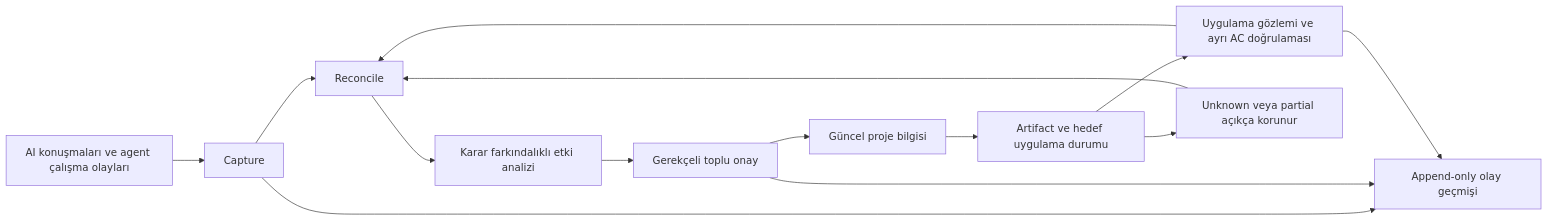
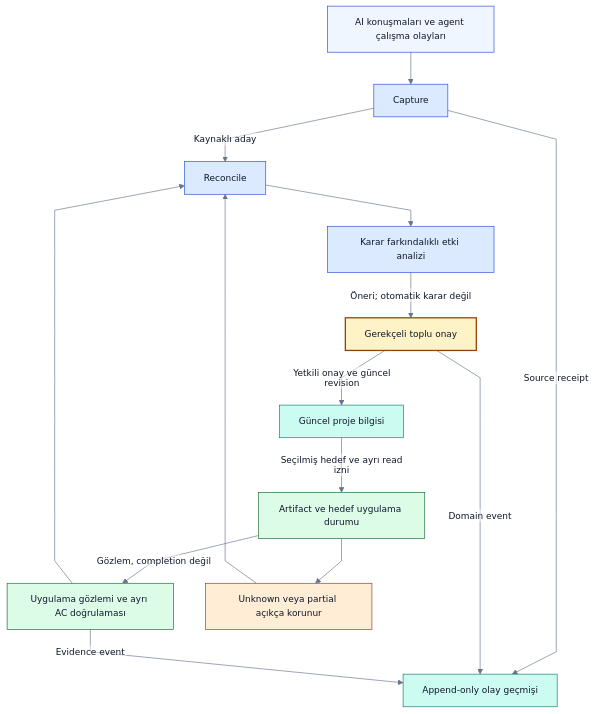
The diagram in README.md (alphanAkbulut/decivora), drawn with Mermaid before and after one commit. The commit also changed other lines of this file and 21 other files, not shown here.

Commit message:
Refresh all Mermaid diagrams, clarify decision states and document rendering evidence

````diff
--- a/README.md
+++ b/README.md
@@ -23,16 +36,31 @@
 ```mermaid
-flowchart LR
+%%{init: {"theme":"base","themeVariables":{"fontFamily":"Arial, sans-serif","fontSize":"14px","primaryColor":"#eff6ff","primaryTextColor":"#0f172a","primaryBorderColor":"#1d4ed8","lineColor":"#64748b","secondaryColor":"#ccfbf1","tertiaryColor":"#f1f5f9","background":"#ffffff","mainBkg":"#eff6ff","textColor":"#0f172a","clusterBkg":"#f8fafc","clusterBorder":"#94a3b8","edgeLabelBackground":"#ffffff","actorBkg":"#eff6ff","actorTextColor":"#0f172a","actorBorder":"#1d4ed8","signalColor":"#64748b","signalTextColor":"#0f172a","noteBkgColor":"#fef3c7","noteTextColor":"#0f172a","noteBorderColor":"#92400e"},"flowchart":{"htmlLabels":false,"curve":"linear"},"sequence":{"wrap":true},"themeCSS":"background-color:#ffffff;"}}%%
+flowchart TB
+    accTitle: Karar, uygulama ve kanıt döngüsü
+    accDescr: Önerilen tasarım veya açıkça belirtilen sentetik örnek. Renkler alan ve kontrol türünü gösterir; implemented veya passed kanıtı değildir. Yetki, revision ve coverage sınırları korunur.
     A[AI konuşmaları ve agent çalışma olayları] --> B[Capture]
-    B --> C[Reconcile]
+    B -->|Kaynaklı aday| C[Reconcile]
     C --> D[Karar farkındalıklı etki analizi]
-    D --> E[Gerekçeli toplu onay]
-    E --> F[Güncel proje bilgisi]
-    F --> X[Artifact ve hedef uygulama durumu]
-    X --> G[Uygulama gözlemi ve ayrı AC doğrulaması]
+    D -->|Öneri; otomatik karar değil| E[Gerekçeli toplu onay]
+    E -->|Yetkili onay ve güncel revision| F[Güncel proje bilgisi]
+    F -->|Seçilmiş hedef ve ayrı read izni| X[Artifact ve hedef uygulama durumu]
+    X -->|Gözlem, completion değil| G[Uygulama gözlemi ve ayrı AC doğrulaması]
     X --> U[Unknown veya partial açıkça korunur]
     G --> C
     U --> C
-    B --> H[Append-only olay geçmişi]
-    E --> H
-    G --> H
+    B -->|Source receipt| H[Append-only olay geçmişi]
+    E -->|Domain event| H
+    G -->|Evidence event| H
+    classDef source fill:#eff6ff,stroke:#1d4ed8,color:#0f172a
+    classDef process fill:#dbeafe,stroke:#1d4ed8,color:#0f172a
+    classDef gate fill:#fef3c7,stroke:#92400e,color:#0f172a,stroke-width:2px
+    classDef store fill:#ccfbf1,stroke:#0f766e,color:#0f172a
+    classDef evidence fill:#dcfce7,stroke:#166534,color:#0f172a
+    classDef warning fill:#ffedd5,stroke:#9a3412,color:#0f172a
+    class A source
+    class B,C,D process
+    class E gate
+    class F,H store
+    class G,X evidence
+    class U warning
 ```
````
